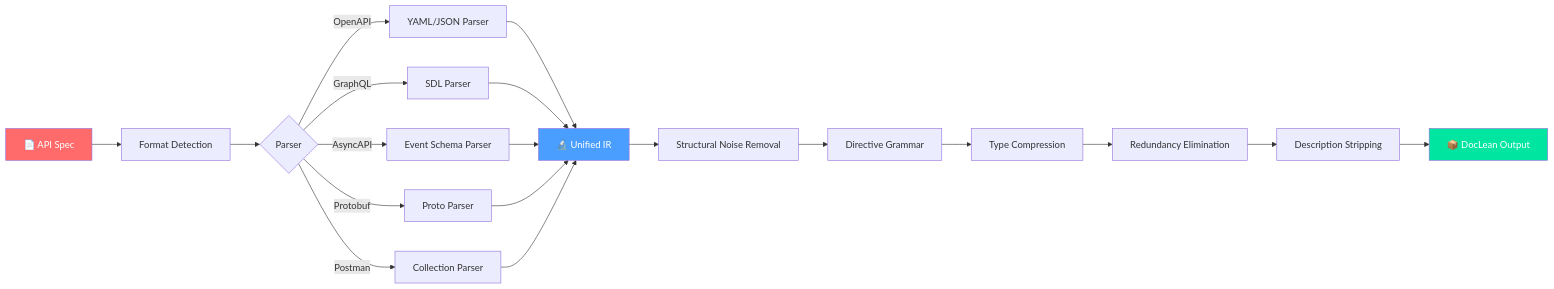
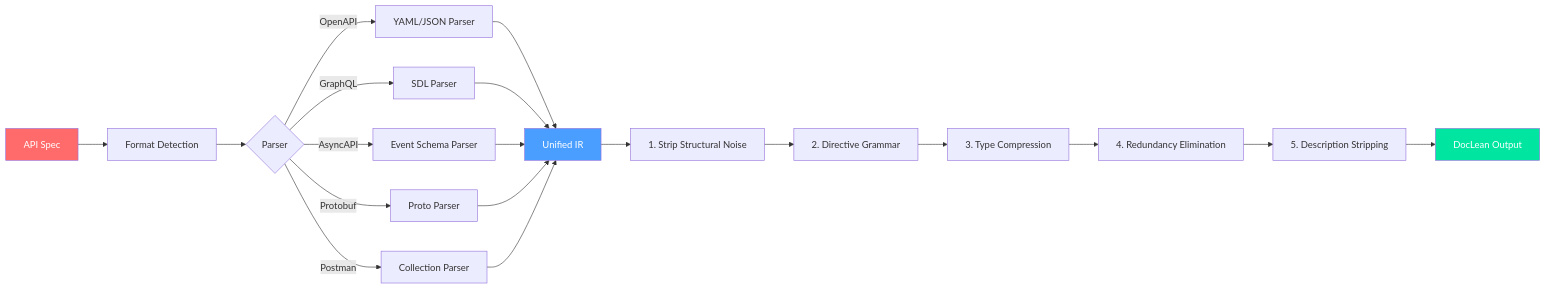
The diagram in README.md (Lap-Platform/LAP), drawn with Mermaid before and after one commit.

Commit message:
fix: simplify Mermaid diagram for GitHub rendering

````diff
--- a/README.md
+++ b/README.md
@@ -82,24 +82,28 @@
 ```mermaid
 graph LR
-    A[📄 API Spec] --> B[Format Detection]
-    B --> C{Parser}
-    C -->|OpenAPI| D[YAML/JSON Parser]
-    C -->|GraphQL| E[SDL Parser]
-    C -->|AsyncAPI| F[Event Schema Parser]
-    C -->|Protobuf| G[Proto Parser]
-    C -->|Postman| H[Collection Parser]
-    
-    D & E & F & G & H --> I[🔬 Unified IR]
-    
-    I --> J[Structural Noise Removal]
-    J --> K[Directive Grammar]
-    K --> L[Type Compression]
-    L --> M[Redundancy Elimination]
-    M --> N[Description Stripping]
-    
-    N --> O[📦 DocLean Output]
-    
+    A["API Spec"] --> B["Format Detection"]
+    B --> C{"Parser"}
+    C -->|OpenAPI| D["YAML/JSON Parser"]
+    C -->|GraphQL| E["SDL Parser"]
+    C -->|AsyncAPI| F["Event Schema Parser"]
+    C -->|Protobuf| G["Proto Parser"]
+    C -->|Postman| H["Collection Parser"]
+
+    D --> I["Unified IR"]
+    E --> I
+    F --> I
+    G --> I
+    H --> I
+
+    I --> J["1. Strip Structural Noise"]
+    J --> K["2. Directive Grammar"]
+    K --> L["3. Type Compression"]
+    L --> M["4. Redundancy Elimination"]
+    M --> N["5. Description Stripping"]
+
+    N --> O["DocLean Output"]
+
     style A fill:#ff6b6b,color:#fff
     style I fill:#4a9eff,color:#fff
     style O fill:#00e5a0,color:#fff
 ```
````
